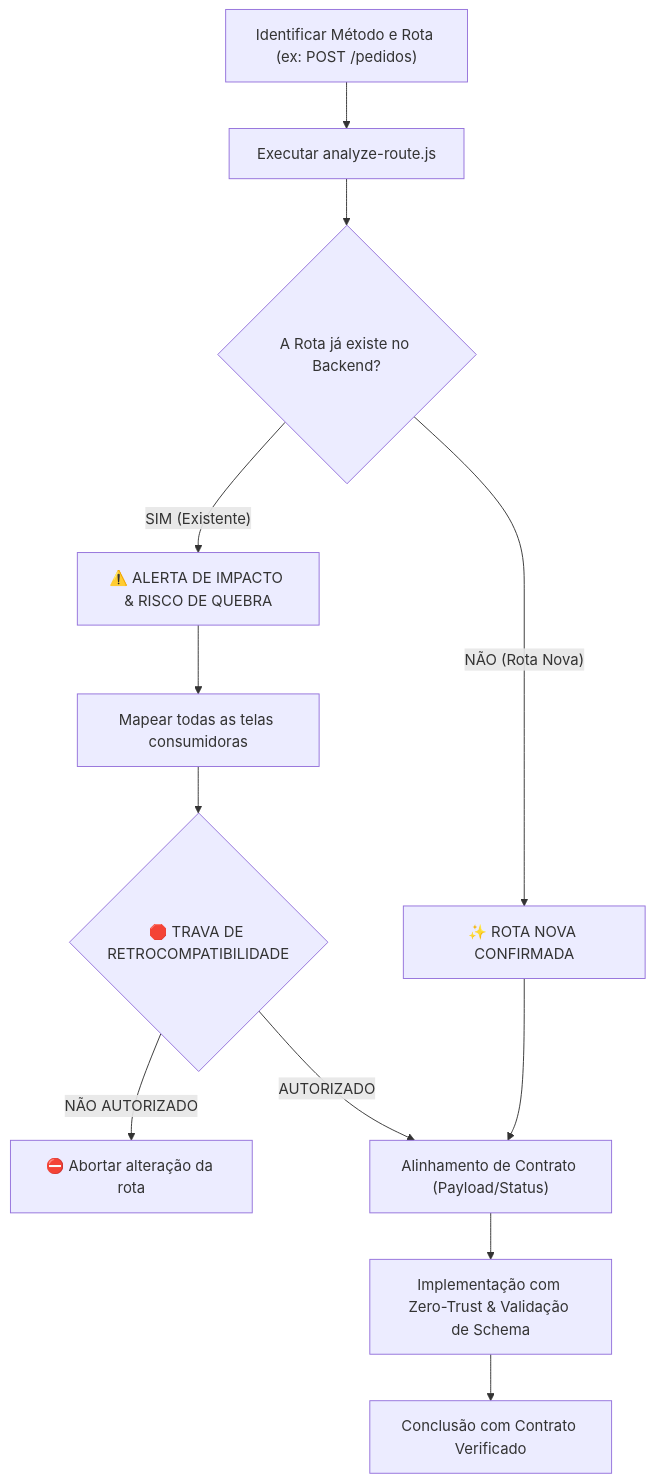
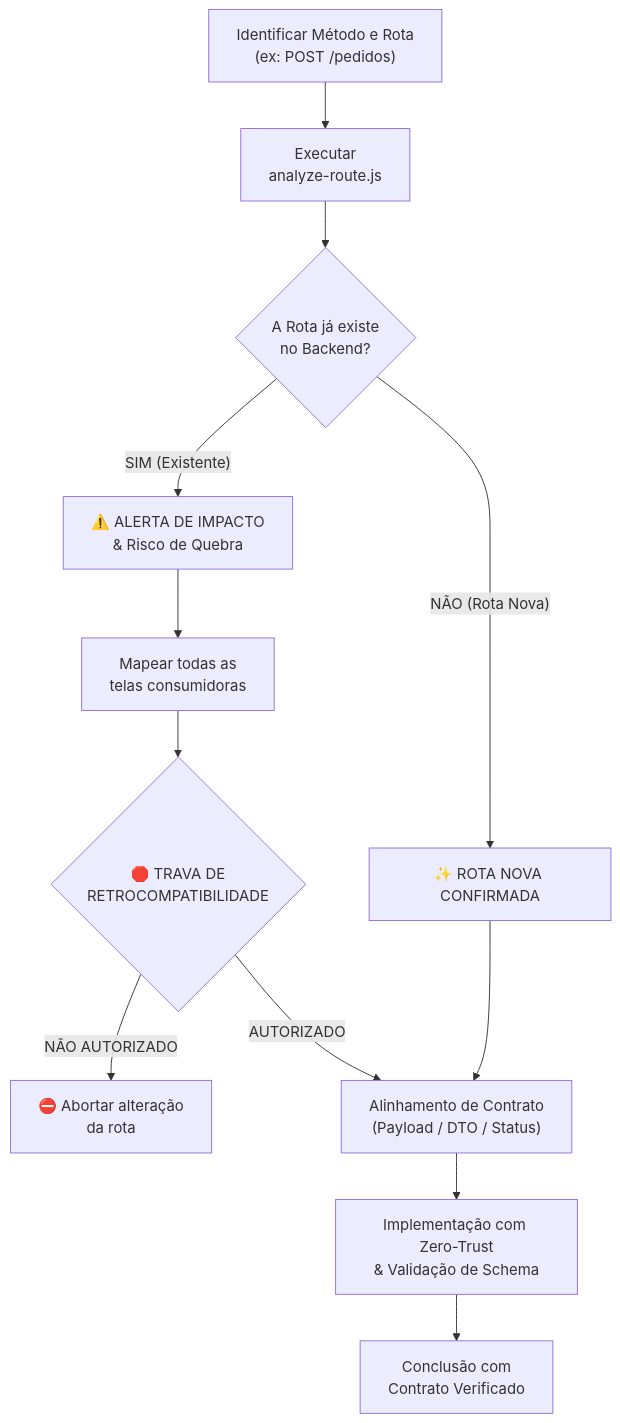
The diagram in route-guard/SKILL.md (Henrique-All/skills), drawn with Mermaid before and after one commit. The commit also changed 2 other files, not shown here.

Commit message:
docs(diagrams): break down wide horizontal flows into vertical multi-tier stacks with line breaks for clear high-resolution rendering

````diff
--- a/route-guard/SKILL.md
+++ b/route-guard/SKILL.md
@@ -25,18 +25,18 @@
 ```mermaid
 flowchart TD
-    Start["Identificar Método e Rota (ex: POST /pedidos)"] --> RunScan["Executar analyze-route.js"]
-    RunScan --> Check{"A Rota já existe no Backend?"}
+    Start["Identificar Método e Rota<br/>(ex: POST /pedidos)"] --> RunScan["Executar<br/>analyze-route.js"]
+    RunScan --> Check{"A Rota já existe<br/>no Backend?"}
     
-    Check -- SIM (Existente) --> Warn["⚠️ ALERTA DE IMPACTO & RISCO DE QUEBRA"]
-    Warn --> MapCallers["Mapear todas as telas consumidoras"]
-    MapCallers --> AskPermission{"🛑 TRAVA DE RETROCOMPATIBILIDADE"}
+    Check -- SIM (Existente) --> Warn["⚠️ ALERTA DE IMPACTO<br/>& Risco de Quebra"]
+    Warn --> MapCallers["Mapear todas as<br/>telas consumidoras"]
+    MapCallers --> AskPermission{"🛑 TRAVA DE<br/>RETROCOMPATIBILIDADE"}
     
-    AskPermission -- NÃO AUTORIZADO --> Abort["⛔ Abortar alteração da rota"]
-    AskPermission -- AUTORIZADO --> Align["Alinhamento de Contrato (Payload/Status)"]
+    AskPermission -- NÃO AUTORIZADO --> Abort["⛔ Abortar alteração<br/>da rota"]
+    AskPermission -- AUTORIZADO --> Align["Alinhamento de Contrato<br/>(Payload / DTO / Status)"]
 
     Check -- NÃO (Rota Nova) --> ConfirmNew["✨ ROTA NOVA CONFIRMADA"]
     ConfirmNew --> Align
 
-    Align --> Implement["Implementação com Zero-Trust & Validação de Schema"]
-    Implement --> Finish["Conclusão com Contrato Verificado"]
+    Align --> Implement["Implementação com Zero-Trust<br/>& Validação de Schema"]
+    Implement --> Finish["Conclusão com<br/>Contrato Verificado"]
 ```
````
